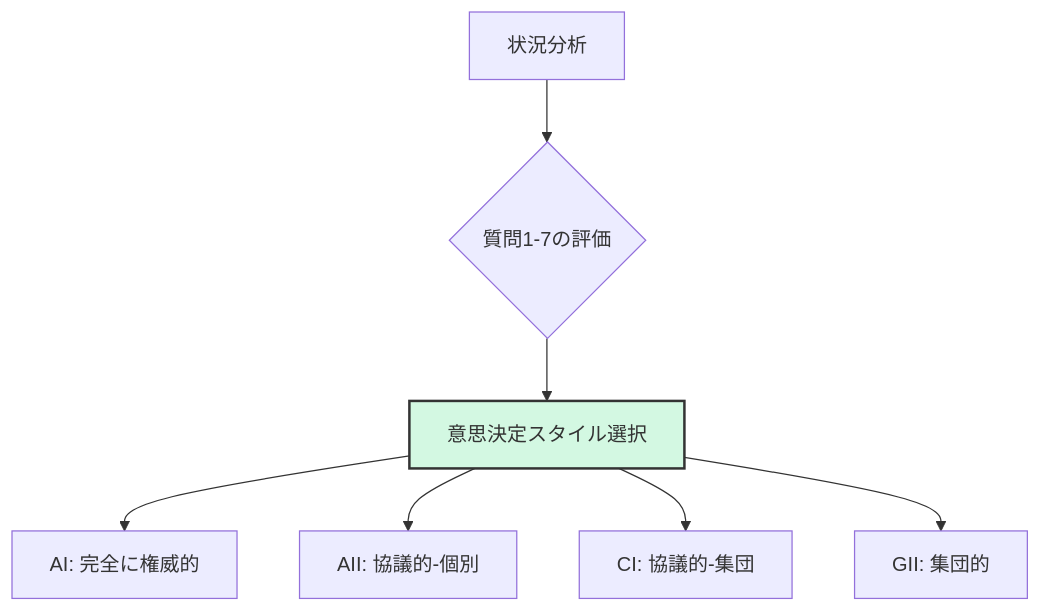
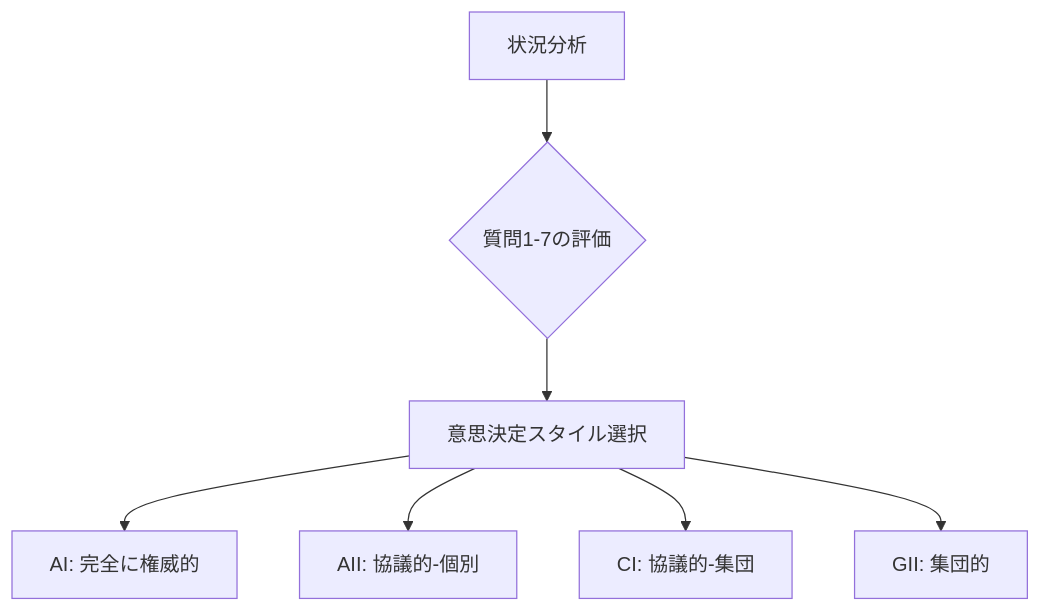
Before and after one commit to shuji-bonji/Situational-Awareness-and-Decision-Making: the eighth of 10 diagrams in docs/decision-making-guide/decision-models.md, drawn with Mermaid. The commit also changed other lines of this file and 49 other files, not shown here.

Commit message:
fix: ダークモードで見づらい図の色の変更

````diff
--- a/docs/decision-making-guide/decision-models.md
+++ b/docs/decision-making-guide/decision-models.md
@@ -383,11 +383,11 @@
     ```mermaid
     graph TD
         A[状況分析] --> B{質問1-7の評価}
         B --> C[意思決定スタイル選択]
         C --> D1[AI: 完全に権威的]
         C --> D2[AII: 協議的-個別]
         C --> D3[CI: 協議的-集団]
         C --> D4[GII: 集団的]
         
-        style C fill:#d3f8e2,stroke:#333,stroke-width:2px
+    
     ```
````
